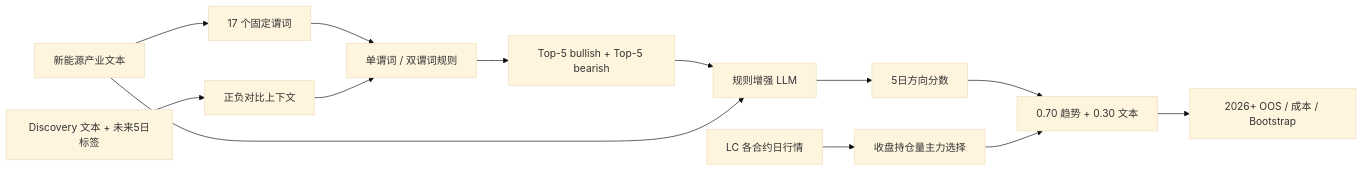
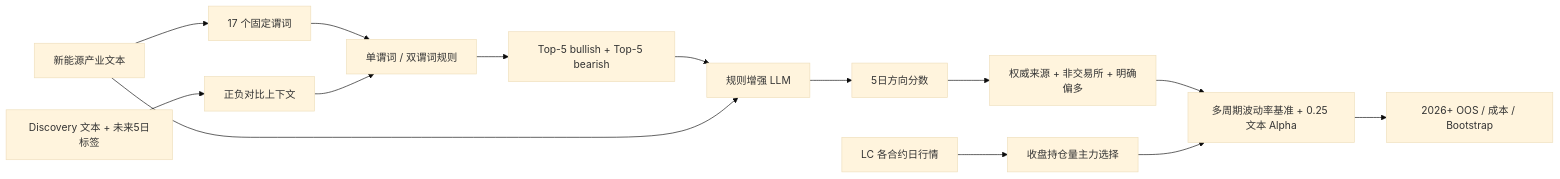
One commit to chiiiiiiing/Gonghangbei changed the first of 2 diagrams in README.md. Above: the diagram before and after it, drawn with Mermaid (base theme). The commit also changed other lines of this file and 17 other files, not shown here.

````diff
--- a/README.md
+++ b/README.md
@@ -54,15 +61,16 @@
 ```mermaid
 flowchart LR
     TEXT["新能源产业文本"] --> SCHEMA["17 个固定谓词"]
     HISTORY["Discovery 文本 + 未来5日标签"] --> CONTEXT["正负对比上下文"]
     SCHEMA --> RULES["单谓词 / 双谓词规则"]
     CONTEXT --> RULES
     RULES --> BOOK["Top-5 bullish + Top-5 bearish"]
     BOOK --> LLM["规则增强 LLM"]
     TEXT --> LLM
     LLM --> SIGNAL["5日方向分数"]
     MARKET["LC 各合约日行情"] --> MAIN["收盘持仓量主力选择"]
-    SIGNAL --> STRATEGY["0.70 趋势 + 0.30 文本"]
+    SIGNAL --> QUALITY["权威来源 + 非交易所 + 明确偏多"]
+    QUALITY --> STRATEGY["多周期波动率基准 + 0.25 文本 Alpha"]
     MAIN --> STRATEGY
     STRATEGY --> OOS["2026+ OOS / 成本 / Bootstrap"]
 ```
````
